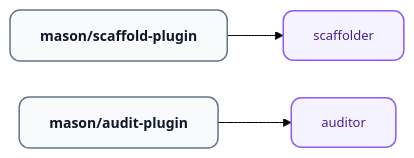
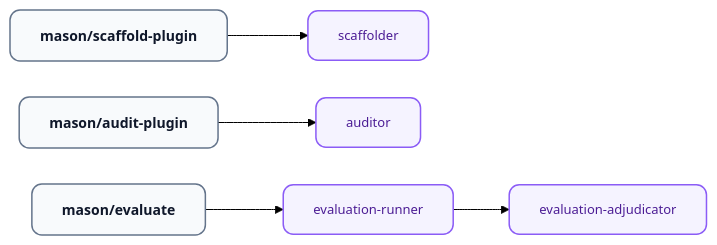
Before and after one commit to orin-dx/agent-plugins: the diagram in plugins/mason/README.md, drawn with Mermaid (forest theme). The commit also changed other lines of this file and 168 other files, not shown here.

````diff
--- a/plugins/mason/README.md
+++ b/plugins/mason/README.md
@@ -61,12 +65,13 @@
 ```mermaid
 %%{init: {'flowchart': {'curve': 'basis', 'nodeSpacing': 36, 'rankSpacing': 56}}}%%
 flowchart LR
     classDef skill fill:#f8fafc,stroke:#64748b,stroke-width:1.5px,color:#0f172a,rx:10,ry:10,font-size:14px,font-weight:600;
     classDef agent fill:#f5f3ff,stroke:#8b5cf6,stroke-width:1.5px,color:#4c1d95,rx:10,ry:10,font-size:13px,font-weight:500;
 
     SP["mason/scaffold-plugin"] --> SC["scaffolder"]
     AP["mason/audit-plugin"] --> AU["auditor"]
+    EV["mason/evaluate"] --> ER["evaluation-runner"] --> EA["evaluation-adjudicator"]
 
-    class SP,AP skill
-    class SC,AU agent
+    class SP,AP,EV skill
+    class SC,AU,ER,EA agent
 ```
````
